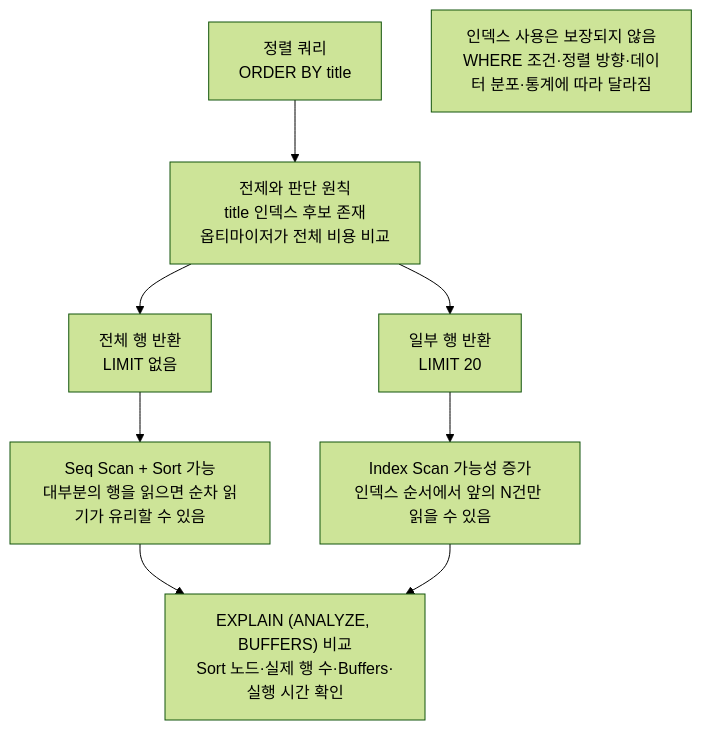
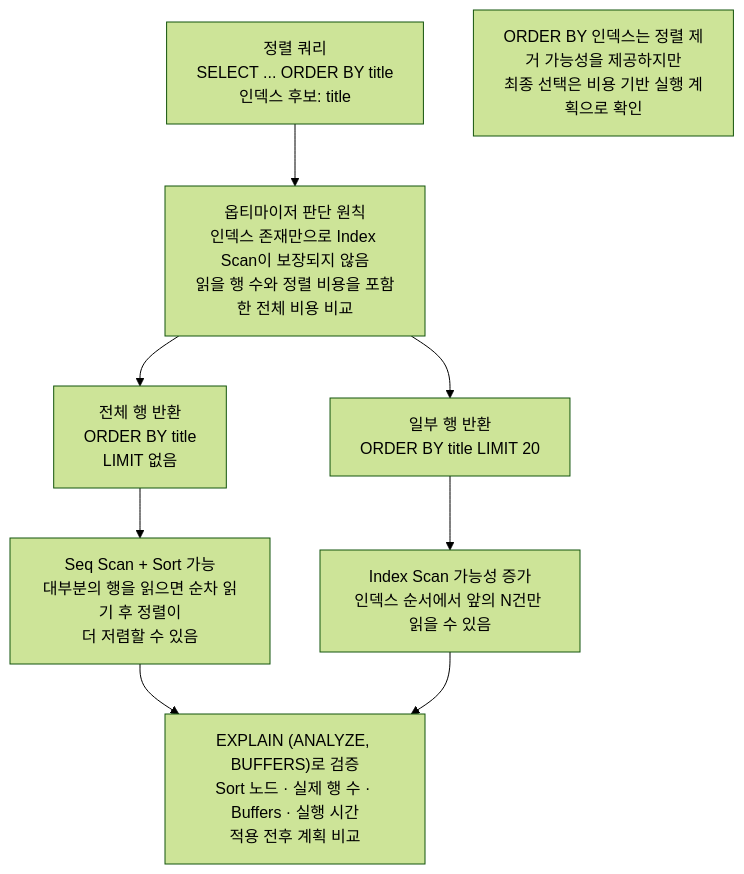
The diagram in images/chapter10/ch10_04_order_by_index_flow.mmd (GilbertMoon/ai-database-book), drawn with Mermaid (forest theme) before and after one commit.

Commit message:
Sync Mermaid source for Chapter 10 ORDER BY index flow

```diff
--- a/images/chapter10/ch10_04_order_by_index_flow.mmd
+++ b/images/chapter10/ch10_04_order_by_index_flow.mmd
@@ -1,13 +1,13 @@
 flowchart TB
-    A["정렬 쿼리<br/>ORDER BY title"] --> P["전제와 판단 원칙<br/>title 인덱스 후보 존재<br/>옵티마이저가 전체 비용 비교"]
+    A["정렬 쿼리<br/>SELECT ... ORDER BY title<br/>인덱스 후보: title"] --> P["옵티마이저 판단 원칙<br/>인덱스 존재만으로 Index Scan이 보장되지 않음<br/>읽을 행 수와 정렬 비용을 포함한 전체 비용 비교"]
 
-    P --> B["전체 행 반환<br/>LIMIT 없음"]
-    B --> B2["Seq Scan + Sort 가능<br/>대부분의 행을 읽으면 순차 읽기가 유리할 수 있음"]
+    P --> B["전체 행 반환<br/>ORDER BY title<br/>LIMIT 없음"]
+    B --> B2["Seq Scan + Sort 가능<br/>대부분의 행을 읽으면 순차 읽기 후 정렬이<br/>더 저렴할 수 있음"]
 
-    P --> C["일부 행 반환<br/>LIMIT 20"]
+    P --> C["일부 행 반환<br/>ORDER BY title LIMIT 20"]
     C --> C2["Index Scan 가능성 증가<br/>인덱스 순서에서 앞의 N건만 읽을 수 있음"]
 
-    B2 --> V["EXPLAIN (ANALYZE, BUFFERS) 비교<br/>Sort 노드·실제 행 수·Buffers·실행 시간 확인"]
+    B2 --> V["EXPLAIN (ANALYZE, BUFFERS)로 검증<br/>Sort 노드 · 실제 행 수 · Buffers · 실행 시간<br/>적용 전후 계획 비교"]
     C2 --> V
 
-    N["인덱스 사용은 보장되지 않음<br/>WHERE 조건·정렬 방향·데이터 분포·통계에 따라 달라짐"]
+    N["ORDER BY 인덱스는 정렬 제거 가능성을 제공하지만<br/>최종 선택은 비용 기반 실행 계획으로 확인"]
```
